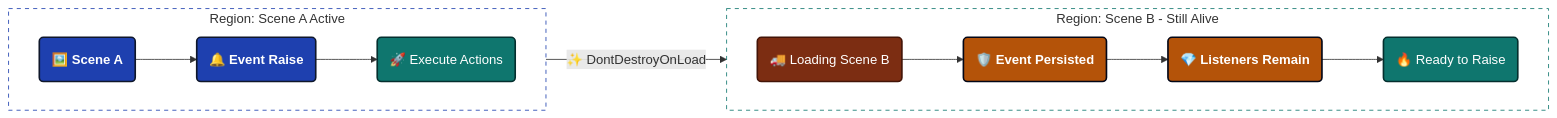
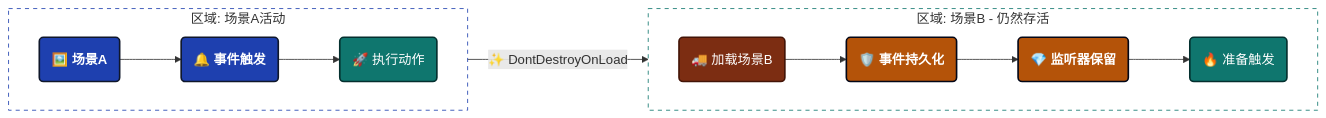
Before and after one commit to tinygiants-tech/TinyGiants: the fifth of 5 diagrams in i18n/zh/docusaurus-plugin-content-docs/current/game-event-system/visual-workflow/game-event-behavior.md, drawn with Mermaid. The commit also changed other lines of this file and 4 other files, not shown here.

````diff
--- a/i18n/zh/docusaurus-plugin-content-docs/current/game-event-system/visual-workflow/game-event-behavior.md
+++ b/i18n/zh/docusaurus-plugin-content-docs/current/game-event-system/visual-workflow/game-event-behavior.md
@@ -420,26 +413,26 @@
 ```mermaid
 graph LR
 
     classDef sceneA fill:#1e40af,stroke:#0f172a,stroke-width:2px,color:#ffffff,font-weight:bold
     classDef action fill:#0f766e,stroke:#042f2e,stroke-width:2px,color:#ffffff
     classDef transition fill:#7c2d12,stroke:#431407,stroke-width:2px,color:#ffffff
     classDef persistence fill:#b45309,stroke:#020617,stroke-width:2px,color:#ffffff,font-weight:bold
     classDef success fill:#0f766e,stroke:#042f2e,stroke-width:2px,color:#ffffff
 
-    subgraph Scene_A [Region: Scene A Active]
+    subgraph Scene_A [区域: 场景A活动]
         direction LR
-        A(🖼️ Scene A):::sceneA --> B(🔔 Event Raise):::sceneA
-        B --> C(🚀 Execute Actions):::action
+        A(🖼️ 场景A):::sceneA --> B(🔔 事件触发):::sceneA
+        B --> C(🚀 执行动作):::action
     end
     style Scene_A fill:none,stroke:#1e40af,stroke-dasharray: 5 5
 
-    C -- "✨ DontDestroyOnLoad" --> D(🚚 Loading Scene B):::transition
+    C -- "✨ DontDestroyOnLoad" --> D(🚚 加载场景B):::transition
 
-    subgraph Scene_B [Region: Scene B - Still Alive]
+    subgraph Scene_B [区域: 场景B - 仍然存活]
         direction LR
-        D --> E(🛡️ Event Persisted):::persistence
-        E --> F(💎 Listeners Remain):::persistence
-        F --> G(🔥 Ready to Raise):::success
+        D --> E(🛡️ 事件持久化):::persistence
+        E --> F(💎 监听器保留):::persistence
+        F --> G(🔥 准备触发):::success
     end
     style Scene_B fill:none,stroke:#0f766e,stroke-dasharray: 5 5
 ```
````
